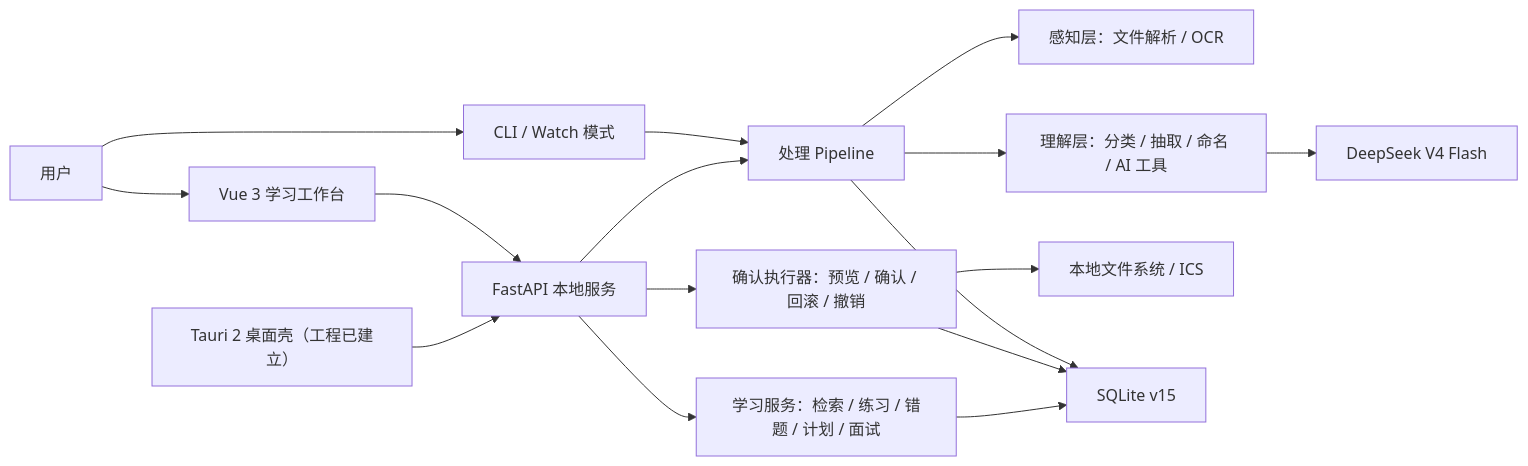
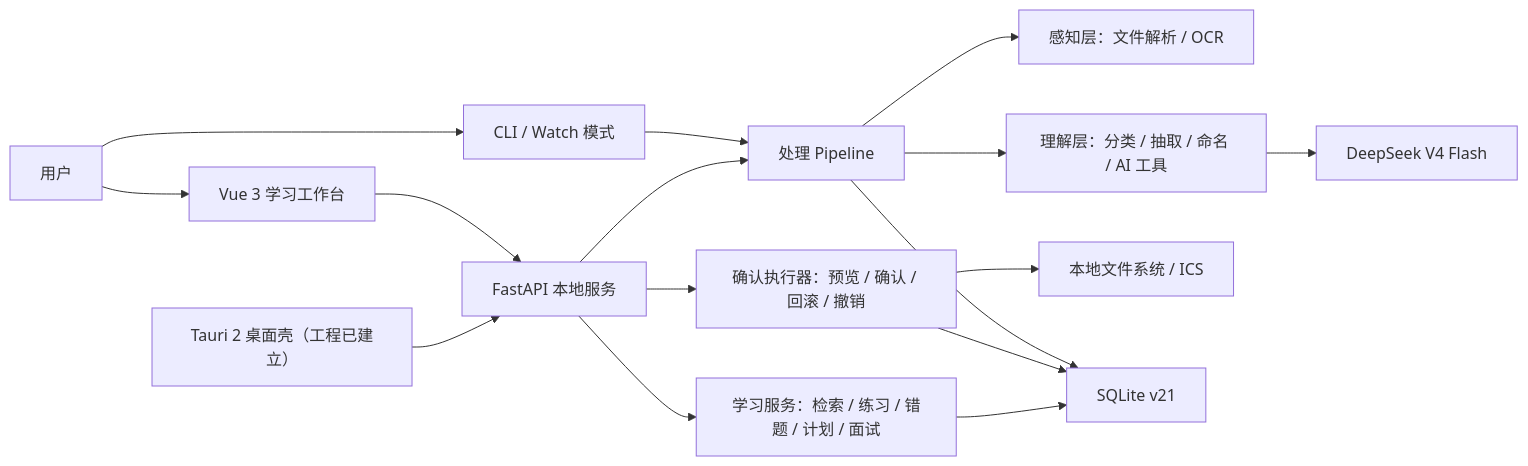
The diagram in README.md (cooooooosdas/Filemate), drawn with Mermaid before and after one commit. The commit also changed other lines of this file and 51 other files, not shown here.

Commit message:
feat(study): 完善知识图谱与题目修订证据隔离

````diff
--- a/README.md
+++ b/README.md
@@ -144,18 +150,18 @@
 ```mermaid
 flowchart LR
     U["用户"] --> V["Vue 3 学习工作台"]
     U --> C["CLI / Watch 模式"]
     V --> A["FastAPI 本地服务"]
     T["Tauri 2 桌面壳（工程已建立）"] --> A
     C --> P["处理 Pipeline"]
     A --> P
     P --> R["感知层：文件解析 / OCR"]
     P --> N["理解层：分类 / 抽取 / 命名 / AI 工具"]
     N --> L["DeepSeek V4 Flash"]
     A --> E["确认执行器：预览 / 确认 / 回滚 / 撤销"]
     A --> K["学习服务：检索 / 练习 / 错题 / 计划 / 面试"]
     E --> F["本地文件系统 / ICS"]
-    P --> S["SQLite v15"]
+    P --> S["SQLite v21"]
     E --> S
     K --> S
 ```
````
